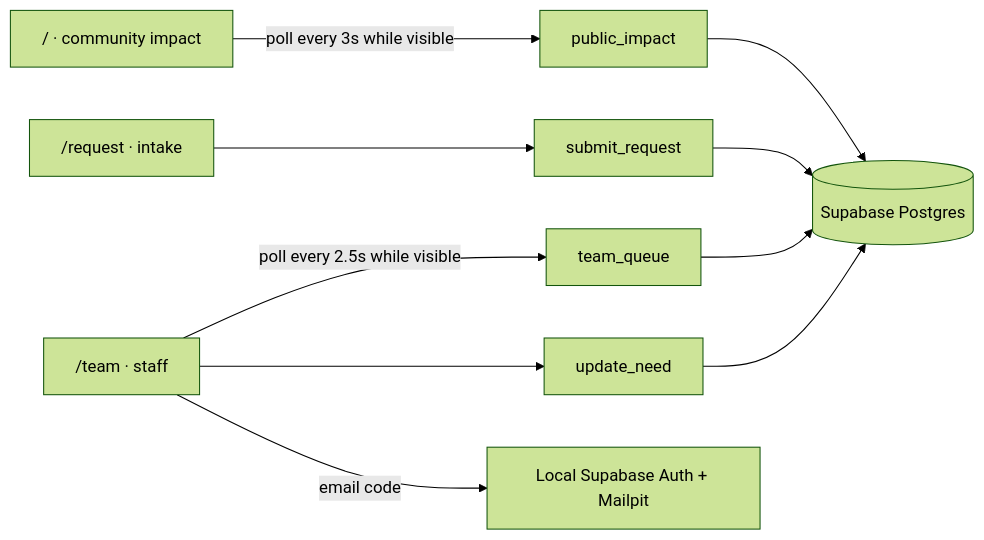
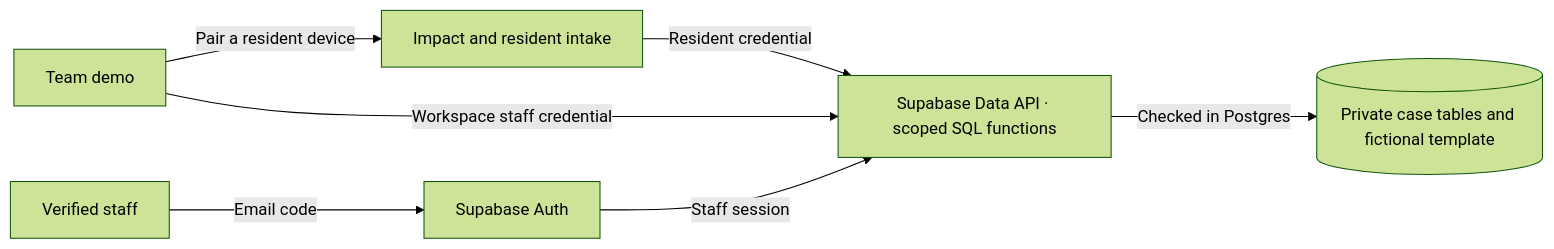
The diagram in README.md (andrew9990828/comforce-connect), drawn with Mermaid (forest theme) before and after one commit. The commit also changed other lines of this file and 30 other files, not shown here.

````diff
--- a/README.md
+++ b/README.md
@@ -13,9 +13,9 @@
 ```mermaid
 flowchart LR
-    Impact["/ · community impact"] -->|"poll every 3s while visible"| Summary["public_impact"]
-    Intake["/request · intake"] --> Submit["submit_request"]
-    Team["/team · staff"] -->|"poll every 2.5s while visible"| Queue["team_queue"]
-    Team --> Update["update_need"]
-    Summary & Submit & Queue & Update --> DB[(Supabase Postgres)]
-    Team -->|"email code"| Auth["Local Supabase Auth + Mailpit"]
+    Public["Impact and resident intake"] -->|"Resident credential"| API["Supabase Data API · scoped SQL functions"]
+    Demo["Team demo"] -->|"Workspace staff credential"| API
+    Demo -->|"Pair a resident device"| Public
+    Staff["Verified staff"] -->|"Email code"| Auth["Supabase Auth"]
+    Auth -->|"Staff session"| API
+    API -->|"Checked in Postgres"| DB[("Private case tables and fictional template")]
 ```
````
